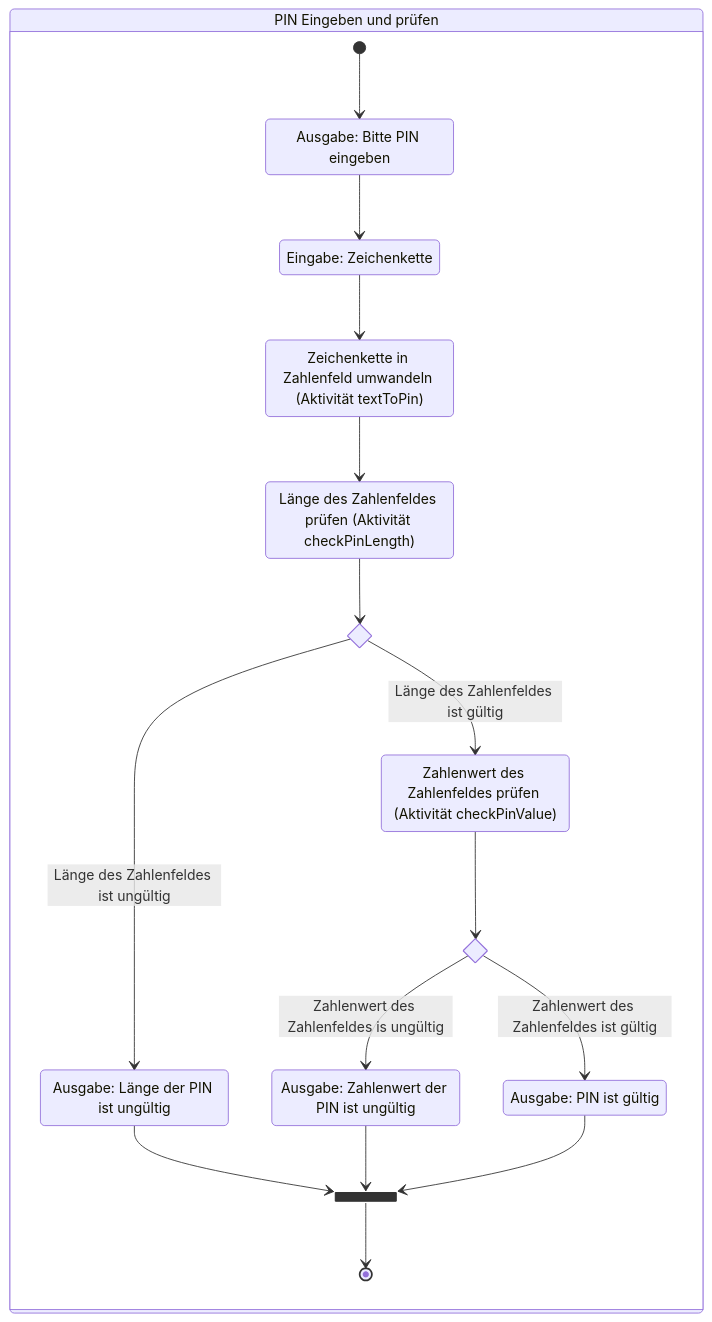
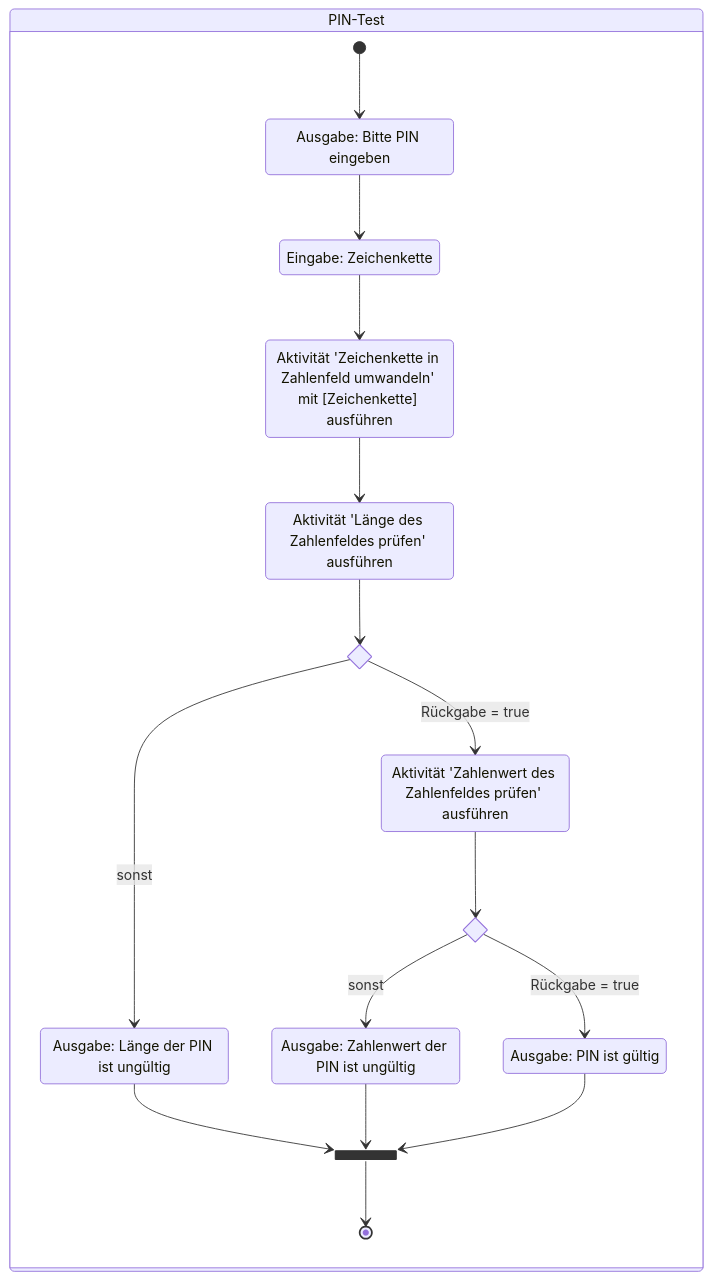
One commit to jappuccini/java-docs changed the third of 8 diagrams in docs/additional-material/daniel/sample-exam-java1.md. Above: the diagram before and after it, drawn with Mermaid. The commit also changed other lines of this file and 5 other files, not shown here.

Commit message:
Update Activity Diagrams and Add New Exam Exercises

````diff
--- a/docs/additional-material/daniel/sample-exam-java1.md
+++ b/docs/additional-material/daniel/sample-exam-java1.md
@@ -307,30 +307,32 @@
 ```mermaid
-stateDiagram
-    state "PIN Eingeben und prüfen" as main {
-        state "Ausgabe: Bitte PIN eingeben" as main1
-        state "Eingabe: Zeichenkette" as main2
-        state "Zeichenkette in Zahlenfeld umwandeln (Aktivität textToPin)" as main3
-        state "Länge des Zahlenfeldes prüfen (Aktivität checkPinLength)" as main4
-        state "Ausgabe: Länge der PIN ist ungültig" as main5
-        state "Zahlenwert des Zahlenfeldes prüfen (Aktivität checkPinValue)" as main6
-        state "Ausgabe: Zahlenwert der PIN ist ungültig" as main7
-        state "Ausgabe: PIN ist gültig" as main8
-        state mainif <<choice>>
-        state mainif2 <<choice>>
-        state mainfork <<fork>>
-        [*] --> main1
-        main1 --> main2
-        main2 --> main3
-        main3 --> main4
-        main4 --> mainif
-        mainif --> main6: Länge des Zahlenfeldes ist gültig
-        mainif --> main5: Länge des Zahlenfeldes ist ungültig
-        main6 --> mainif2
-        mainif2 --> main7: Zahlenwert des Zahlenfeldes is ungültig
-        mainif2 --> main8: Zahlenwert des Zahlenfeldes ist gültig
-        main5 --> mainfork
-        main7 --> mainfork
-        main8 --> mainfork
-        mainfork --> [*]
+stateDiagram-v2
+    state "Ausgabe: Bitte PIN eingeben" as state1
+    state "Eingabe: Zeichenkette" as state2
+    state "Aktivität 'Zeichenkette in Zahlenfeld umwandeln' mit [Zeichenkette] ausführen" as state3
+    state "Aktivität 'Länge des Zahlenfeldes prüfen' ausführen" as state4
+    state "Ausgabe: Länge der PIN ist ungültig" as state5
+    state "Aktivität 'Zahlenwert des Zahlenfeldes prüfen' ausführen" as state6
+    state "Ausgabe: Zahlenwert der PIN ist ungültig" as state7
+    state "Ausgabe: PIN ist gültig" as state8
+
+    state if1 <<choice>>
+    state if2 <<choice>>
+    state fork1 <<fork>>
+
+    state "PIN-Test" as main {
+        [*] --> state1
+        state1 --> state2
+        state2 --> state3
+        state3 --> state4
+        state4 --> if1
+        if1 --> state6: Rückgabe = true
+        if1 --> state5: sonst
+        state6 --> if2
+        if2 --> state7: sonst
+        if2 --> state8: Rückgabe = true
+        state5 --> fork1
+        state7 --> fork1
+        state8 --> fork1
+        fork1 --> [*]
     }
 ```
````
